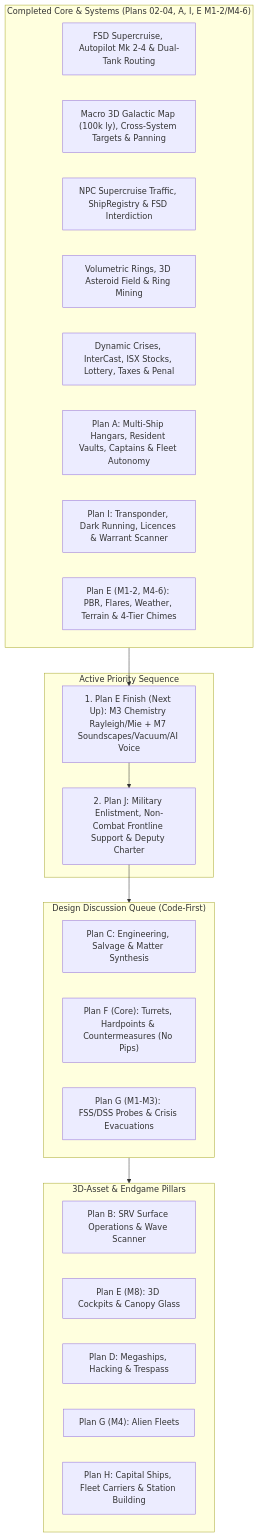
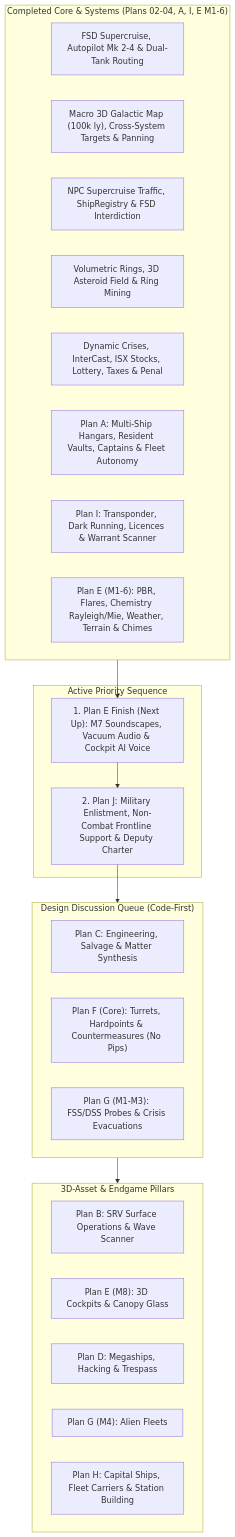
One commit to austeregrim/pioneer-expanse changed the diagram in plans/01_EXPANSE_LONG_TERM_ROADMAP.md. Above: the diagram before and after it, drawn with Mermaid. The commit also changed other lines of this file and 33 other files, not shown here.

First line of the commit message:
feat(graphics,planet,skybox): atmospheric chemistry scattering, galactic skybox, lava overhaul, and 3D surface scatter

````diff
--- a/plans/01_EXPANSE_LONG_TERM_ROADMAP.md
+++ b/plans/01_EXPANSE_LONG_TERM_ROADMAP.md
@@ -18,36 +18,36 @@
 ```mermaid
 graph TD
-    subgraph Completed["Completed Core & Systems (Plans 02-04, A, I, E M1-2/M4-6)"]
+    subgraph Completed["Completed Core & Systems (Plans 02-04, A, I, E M1-6)"]
         F1["FSD Supercruise, Autopilot Mk 2-4 & Dual-Tank Routing"]
         F2["Macro 3D Galactic Map (100k ly), Cross-System Targets & Panning"]
         F3["NPC Supercruise Traffic, ShipRegistry & FSD Interdiction"]
         F4["Volumetric Rings, 3D Asteroid Field & Ring Mining"]
         F5["Dynamic Crises, InterCast, ISX Stocks, Lottery, Taxes & Penal"]
         F6["Plan A: Multi-Ship Hangars, Resident Vaults, Captains & Fleet Autonomy"]
         F7["Plan I: Transponder, Dark Running, Licences & Warrant Scanner"]
-        F8["Plan E (M1-2, M4-6): PBR, Flares, Weather, Terrain & 4-Tier Chimes"]
+        F8["Plan E (M1-6): PBR, Flares, Chemistry Rayleigh/Mie, Weather, Terrain & Chimes"]
     end
 
     subgraph NextSequence["Active Priority Sequence"]
-        S2["1. Plan E Finish (Next Up): M3 Chemistry Rayleigh/Mie + M7 Soundscapes/Vacuum/AI Voice"]
+        S2["1. Plan E Finish (Next Up): M7 Soundscapes, Vacuum Audio & Cockpit AI Voice"]
         S3["2. Plan J: Military Enlistment, Non-Combat Frontline Support & Deputy Charter"]
     end
 
     subgraph Discussion["Design Discussion Queue (Code-First)"]
         PC["Plan C: Engineering, Salvage & Matter Synthesis"]
         PF["Plan F (Core): Turrets, Hardpoints & Countermeasures (No Pips)"]
         PG["Plan G (M1-M3): FSS/DSS Probes & Crisis Evacuations"]
     end
 
     subgraph AssetGated["3D-Asset & Endgame Pillars"]
         PB["Plan B: SRV Surface Operations & Wave Scanner"]
         PE8["Plan E (M8): 3D Cockpits & Canopy Glass"]
         PD["Plan D: Megaships, Hacking & Trespass"]
         PGA["Plan G (M4): Alien Fleets"]
         PH["Plan H: Capital Ships, Fleet Carriers & Station Building"]
     end
 
     Completed --> S2 --> S3
     S3 --> Discussion
     Discussion --> AssetGated
 ```
````
